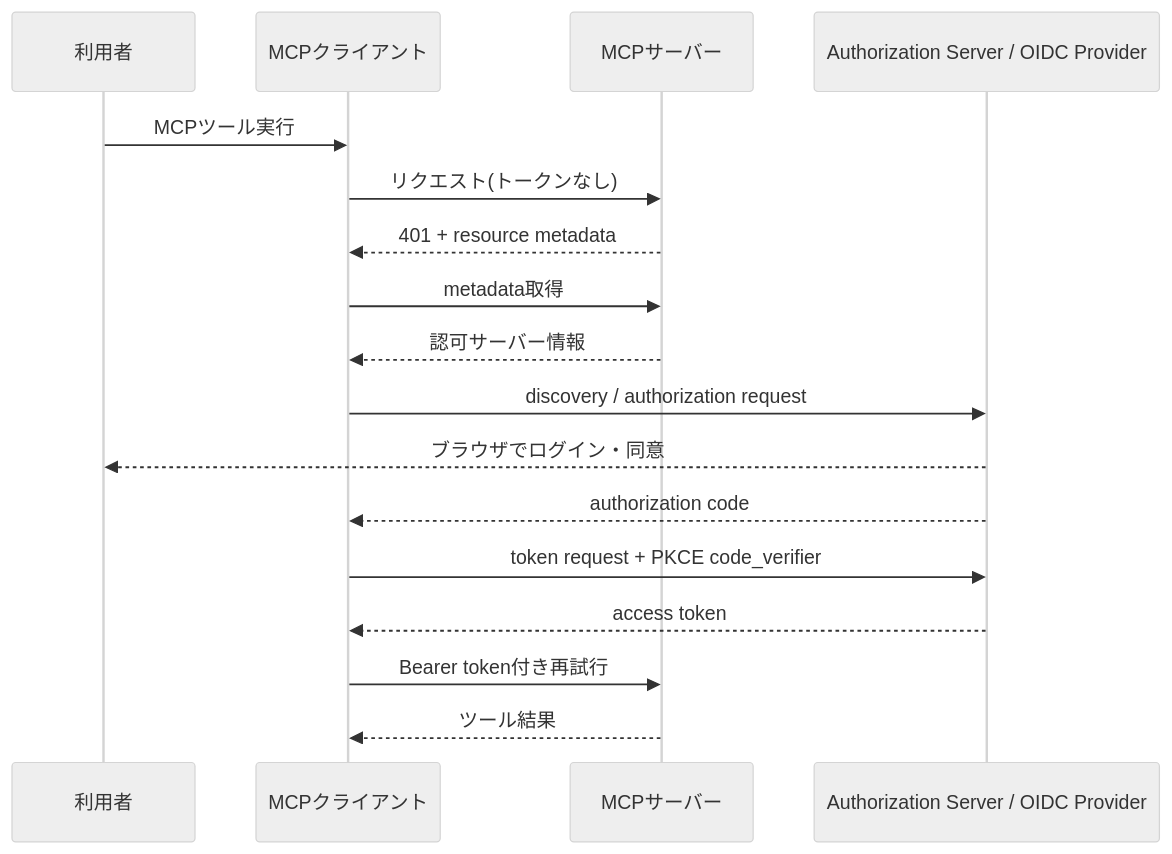
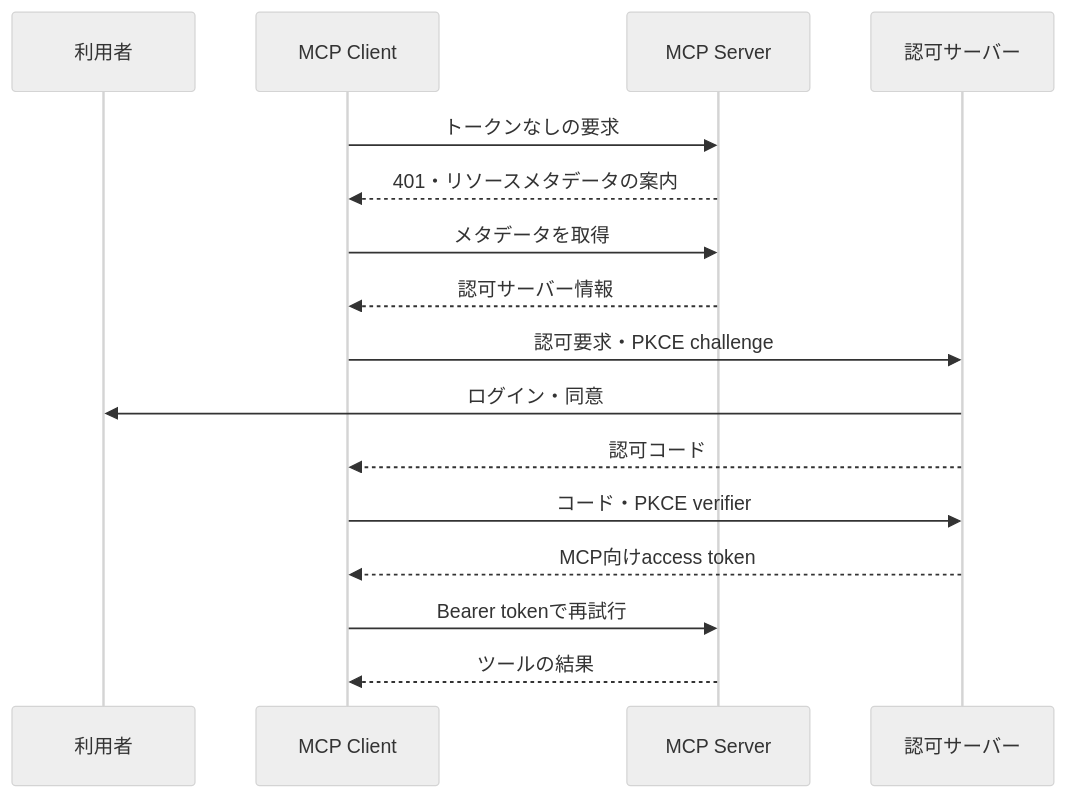
The second of 4 diagrams in articles/report/oauth21-pkce-mcp-auth/ja/index.mdx (daylight55/research), drawn with Mermaid (neutral theme) before and after one commit. The commit also changed other lines of this file and 181 other files, not shown here.

First line of the commit message:
全記事の図解368点を再生成し、共通注意書きを削除 (#402)

````diff
--- a/articles/report/oauth21-pkce-mcp-auth/ja/index.mdx
+++ b/articles/report/oauth21-pkce-mcp-auth/ja/index.mdx
@@ -73,20 +80,20 @@
 ```mermaid
 sequenceDiagram
-  participant User as 利用者
-  participant Client as MCPクライアント
-  participant MCP as MCPサーバー
-  participant AS as Authorization Server / OIDC Provider
-
-  User->>Client: MCPツール実行
-  Client->>MCP: リクエスト(トークンなし)
-  MCP-->>Client: 401 + resource metadata
-  Client->>MCP: metadata取得
-  MCP-->>Client: 認可サーバー情報
-  Client->>AS: discovery / authorization request
-  AS-->>User: ブラウザでログイン・同意
-  AS-->>Client: authorization code
-  Client->>AS: token request + PKCE code_verifier
-  AS-->>Client: access token
-  Client->>MCP: Bearer token付き再試行
-  MCP-->>Client: ツール結果
+  accTitle: 認可コードとPKCEでMCP要求を再試行する
+  accDescr: 401応答から認可先を確認し、利用者の同意後にPKCEでトークンを取得する。トークンの宛先はMCPリソースである。
+  participant U as 利用者
+  participant C as MCP Client
+  participant M as MCP Server
+  participant A as 認可サーバー
+  C->>M: トークンなしの要求
+  M-->>C: 401・リソースメタデータの案内
+  C->>M: メタデータを取得
+  M-->>C: 認可サーバー情報
+  C->>A: 認可要求・PKCE challenge
+  A->>U: ログイン・同意
+  A-->>C: 認可コード
+  C->>A: コード・PKCE verifier
+  A-->>C: MCP向けaccess token
+  C->>M: Bearer tokenで再試行
+  M-->>C: ツールの結果
 ```
````
